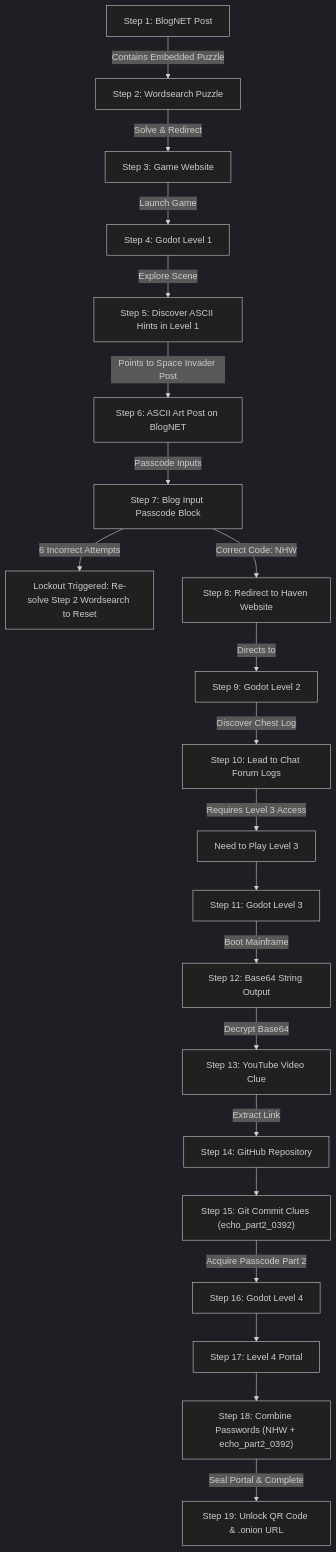
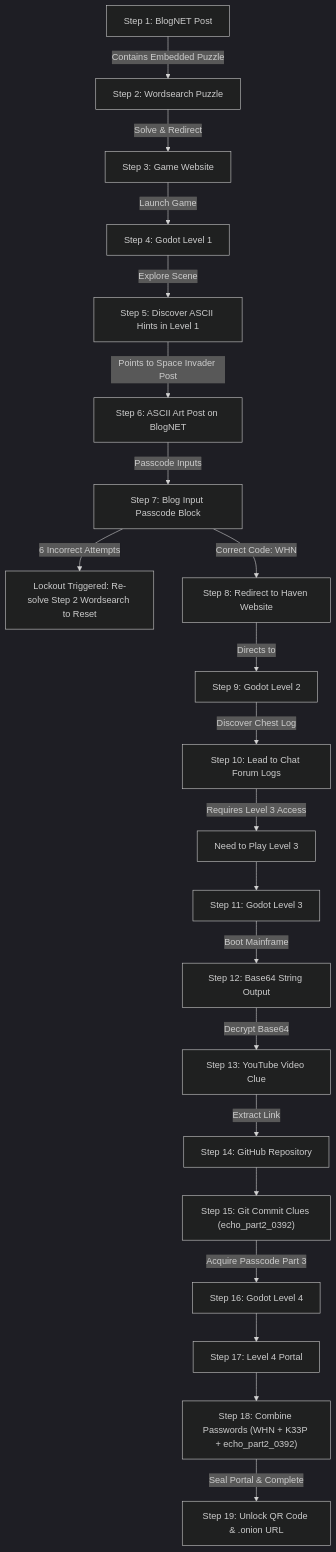
Before and after one commit to techaccecho/flutter-apps: the first of 2 diagrams in state-mg.md, drawn with Mermaid (dark theme). The commit also changed other lines of this file and 1 other file, not shown here.

Commit message:
docs(arg): update passcode WHN and combinedCode in state management specs

````diff
--- a/state-mg.md
+++ b/state-mg.md
@@ -9,30 +9,30 @@
 ```mermaid
 flowchart TD
     Step1["Step 1: BlogNET Post"] -->|Contains Embedded Puzzle| P1["Step 2: Wordsearch Puzzle"]
     P1 -->|Solve & Redirect| GW["Step 3: Game Website"]
     GW -->|Launch Game| L1["Step 4: Godot Level 1"]
     
     L1 -->|Explore Scene| L1_Explore["Step 5: Discover ASCII Hints in Level 1"]
     L1_Explore -->|Points to Space Invader Post| P2["Step 6: ASCII Art Post on BlogNET"]
     P2 -->|Passcode Inputs| P2_Input["Step 7: Blog Input Passcode Block"]
     
     P2_Input -->|6 Incorrect Attempts| Lockout["Lockout Triggered: Re-solve Step 2 Wordsearch to Reset"]
-    P2_Input -->|Correct Code: NHW| Ext_Haven["Step 8: Redirect to Haven Website"]
+    P2_Input -->|Correct Code: WHN| Ext_Haven["Step 8: Redirect to Haven Website"]
     
     Ext_Haven -->|Directs to| L2["Step 9: Godot Level 2"]
     L2 -->|Discover Chest Log| Chat_Lead["Step 10: Lead to Chat Forum Logs"]
     
     Chat_Lead -->|Requires Level 3 Access| L3_Gate["Need to Play Level 3"]
     L3_Gate --> L3["Step 11: Godot Level 3"]
     
     L3 -->|Boot Mainframe| P3["Step 12: Base64 String Output"]
     P3 -->|Decrypt Base64| YT["Step 13: YouTube Video Clue"]
     
     YT -->|Extract Link| Git_Repo["Step 14: GitHub Repository"]
     Git_Repo --> P5["Step 15: Git Commit Clues (echo_part2_0392)"]
     
-    P5 -->|Acquire Passcode Part 2| L4["Step 16: Godot Level 4"]
+    P5 -->|Acquire Passcode Part 3| L4["Step 16: Godot Level 4"]
     L4 --> L4_Portal["Step 17: Level 4 Portal"]
-    L4_Portal --> L4_Unlock["Step 18: Combine Passwords (NHW + echo_part2_0392)"]
+    L4_Portal --> L4_Unlock["Step 18: Combine Passwords (WHN + K33P + echo_part2_0392)"]
     L4_Unlock -->|Seal Portal & Complete| Final["Step 19: Unlock QR Code & .onion URL"]
 ```
````
